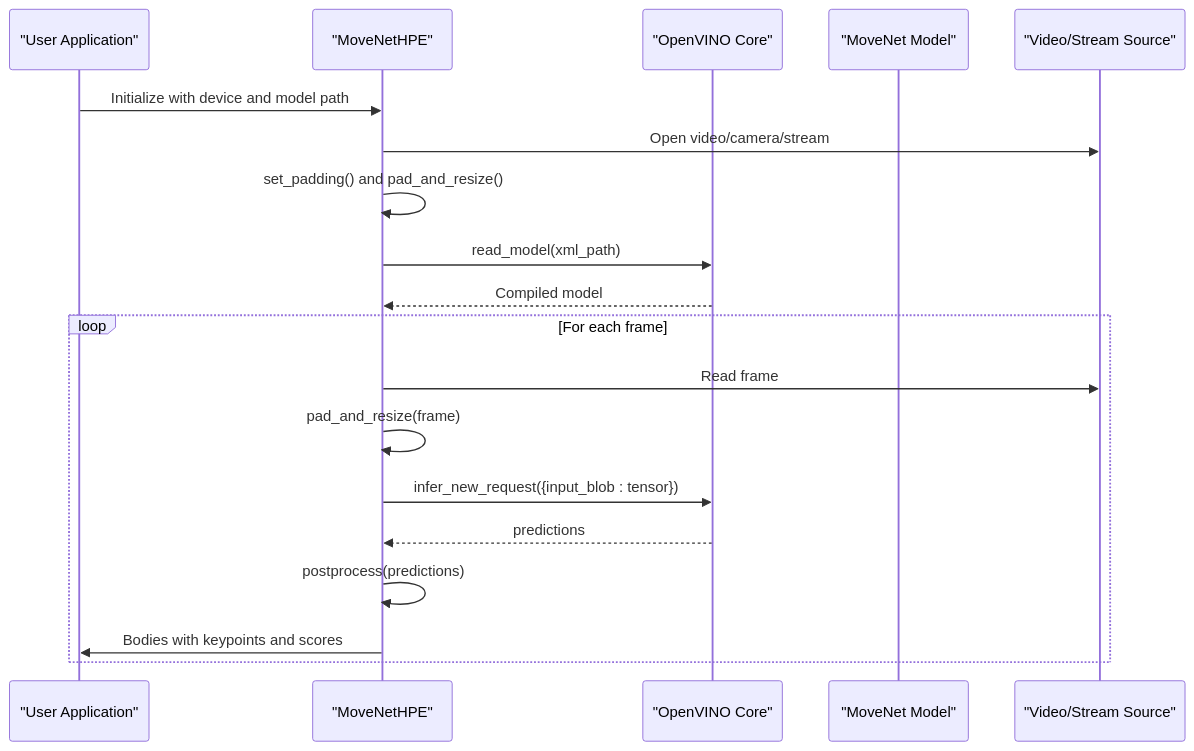
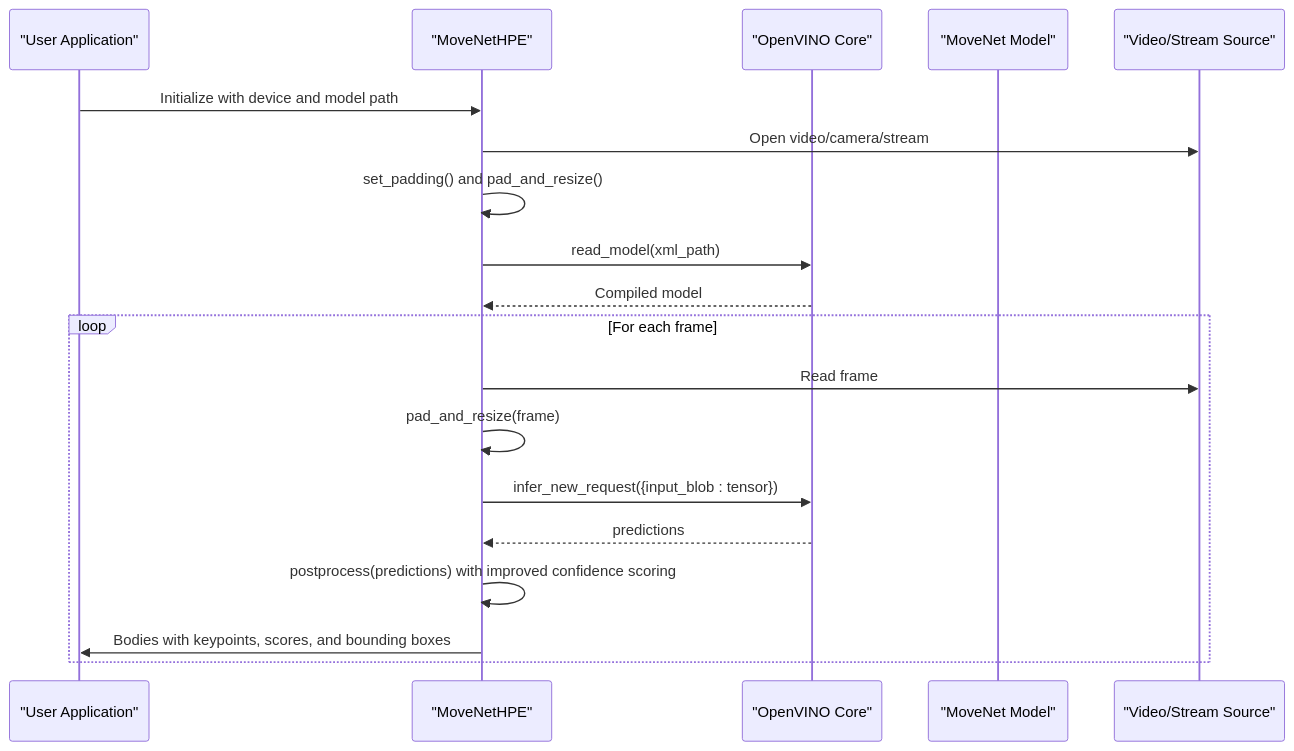
The second of 7 diagrams in .qoder/repowiki/en/content/Model Implementations/MoveNet Implementation.md (Fogus-Gr/MeasurementsDTs), drawn with Mermaid before and after one commit. The commit also changed other lines of this file and 12 other files, not shown here.

````diff
--- a/.qoder/repowiki/en/content/Model Implementations/MoveNet Implementation.md
+++ b/.qoder/repowiki/en/content/Model Implementations/MoveNet Implementation.md
@@ -81,21 +94,21 @@
 ```mermaid
 sequenceDiagram
 participant User as "User Application"
 participant HPE as "MoveNetHPE"
 participant OV as "OpenVINO Core"
 participant Net as "MoveNet Model"
 participant VP as "Video/Stream Source"
 User->>HPE : Initialize with device and model path
 HPE->>VP : Open video/camera/stream
 HPE->>HPE : set_padding() and pad_and_resize()
 HPE->>OV : read_model(xml_path)
 OV-->>HPE : Compiled model
 loop For each frame
 HPE->>VP : Read frame
 HPE->>HPE : pad_and_resize(frame)
 HPE->>OV : infer_new_request({input_blob : tensor})
 OV-->>HPE : predictions
-HPE->>HPE : postprocess(predictions)
-HPE->>User : Bodies with keypoints and scores
+HPE->>HPE : postprocess(predictions) with improved confidence scoring
+HPE->>User : Bodies with keypoints, scores, and bounding boxes
 end
 ```
````
